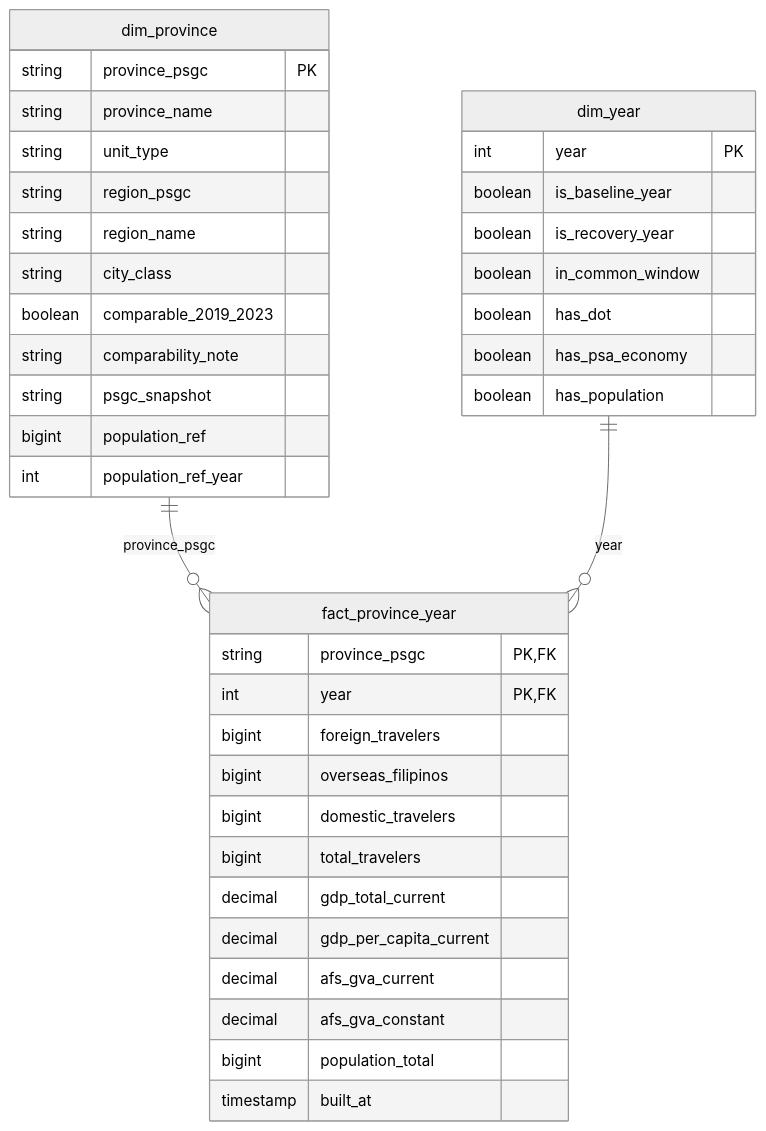
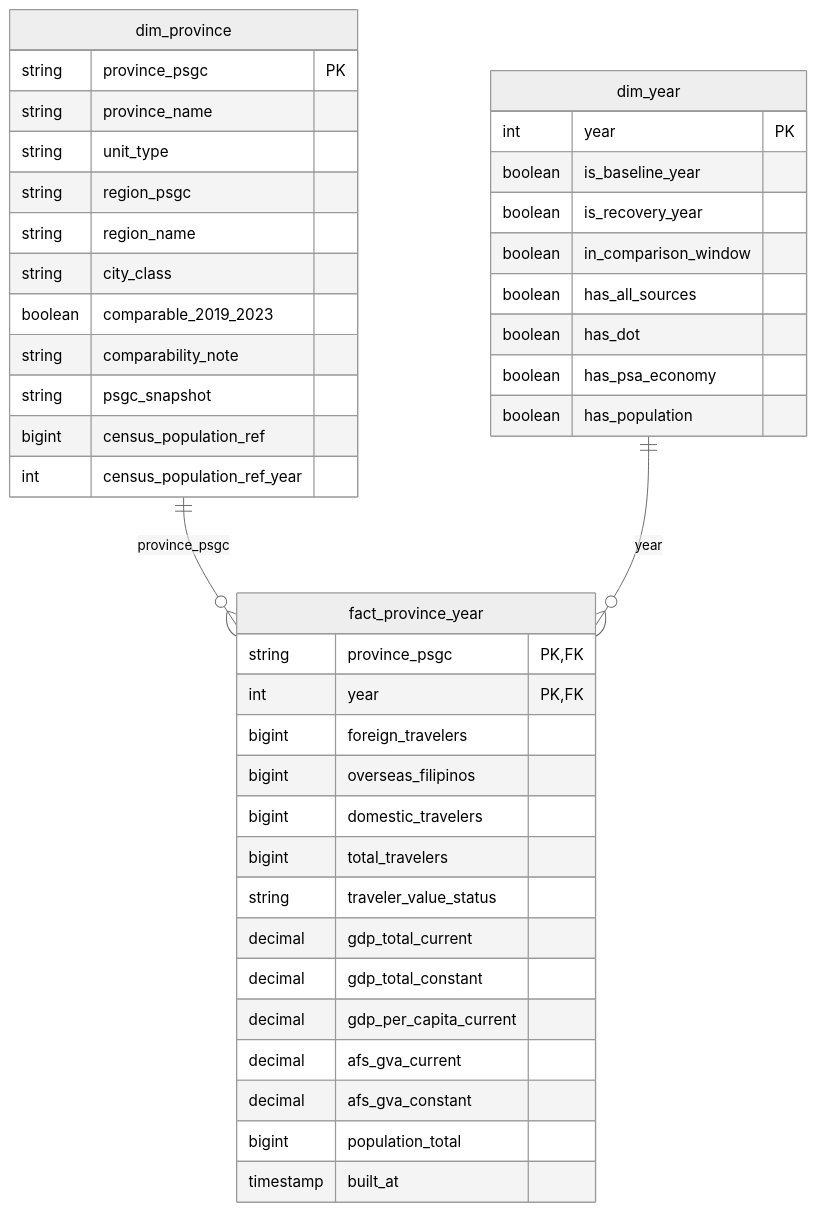
Before and after one commit to ftw-git-away/provinsights-ph-tourism: the diagram in docs/schema-and-source-to-target-mapping.md, drawn with Mermaid (neutral theme). The commit also changed other lines of this file, not shown here.

````diff
--- a/docs/schema-and-source-to-target-mapping.md
+++ b/docs/schema-and-source-to-target-mapping.md
@@ -8,44 +8,47 @@
 ```mermaid
 erDiagram
     dim_province ||--o{ fact_province_year : "province_psgc"
     dim_year ||--o{ fact_province_year : "year"
 
     dim_province {
         string province_psgc PK
         string province_name
         string unit_type
         string region_psgc
         string region_name
         string city_class
         boolean comparable_2019_2023
         string comparability_note
         string psgc_snapshot
-        bigint population_ref
-        int population_ref_year
+        bigint census_population_ref
+        int census_population_ref_year
     }
 
     fact_province_year {
         string province_psgc PK, FK
         int year PK, FK
         bigint foreign_travelers
         bigint overseas_filipinos
         bigint domestic_travelers
         bigint total_travelers
+        string traveler_value_status
         decimal gdp_total_current
+        decimal gdp_total_constant
         decimal gdp_per_capita_current
         decimal afs_gva_current
         decimal afs_gva_constant
         bigint population_total
         timestamp built_at
     }
 
     dim_year {
         int year PK
         boolean is_baseline_year
         boolean is_recovery_year
-        boolean in_common_window
+        boolean in_comparison_window
+        boolean has_all_sources
         boolean has_dot
         boolean has_psa_economy
         boolean has_population
     }
 ```
````
